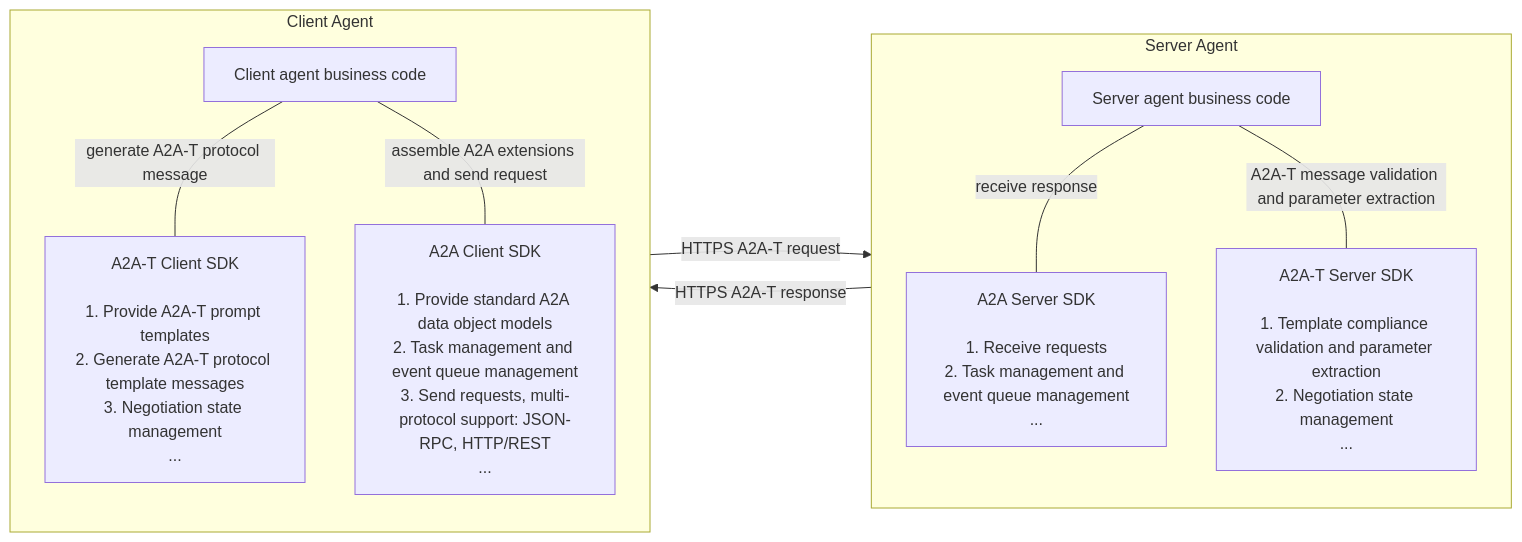
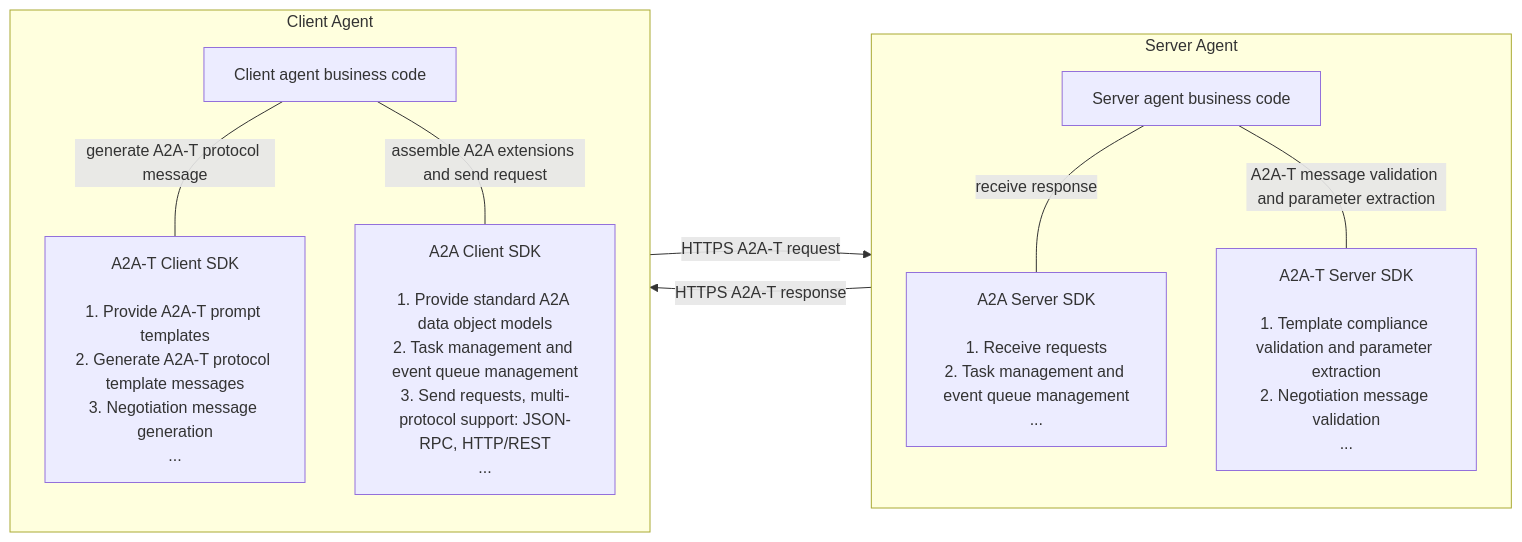
The first of 5 diagrams in docs/en/developer_guide.md (mamusen-huawei/a2a-t-sdk-python), drawn with Mermaid before and after one commit. The commit also changed other lines of this file and 41 other files, not shown here.

````diff
--- a/docs/en/developer_guide.md
+++ b/docs/en/developer_guide.md
@@ -30,22 +33,21 @@
 ```mermaid
 flowchart LR
     subgraph Server["Server Agent"]
         B0["Server agent business code"]
         B1["A2A Server SDK<br><br>1. Receive requests<br>2. Task management and event queue management<br>..."]
-        B2["A2A-T Server SDK<br><br>1. Template compliance validation and parameter extraction<br>2. Negotiation state management<br>..."]
+        B2["A2A-T Server SDK<br><br>1. Template compliance validation and parameter extraction<br>2. Negotiation message validation<br>..."]
         B0 --receive response--- B1
         B0 --A2A-T message validation and parameter extraction--- B2
     end
 
     subgraph Client["Client Agent"]
         A0["Client agent business code"]
-        A1["A2A-T Client SDK<br><br>1. Provide A2A-T prompt templates<br>2. Generate A2A-T protocol template messages<br>3. Negotiation state management<br>..."]
+        A1["A2A-T Client SDK<br><br>1. Provide A2A-T prompt templates<br>2. Generate A2A-T protocol template messages<br>3. Negotiation message generation<br>..."]
         A2["A2A Client SDK<br><br>1. Provide standard A2A data object models<br>2. Task management and event queue management<br>3. Send requests, multi-protocol support: JSON-RPC, HTTP/REST<br>..."]
         A0 --generate A2A-T protocol message--- A1
         A0 --assemble A2A extensions and send request--- A2
     end
 
     Client -- HTTPS A2A-T request --> Server
     Server -- HTTPS A2A-T response --> Client
-
 ```
````
